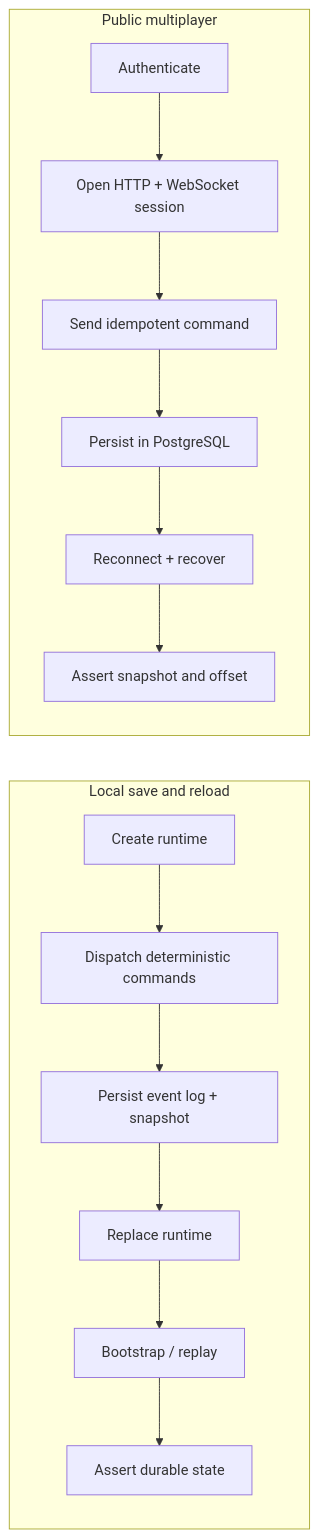
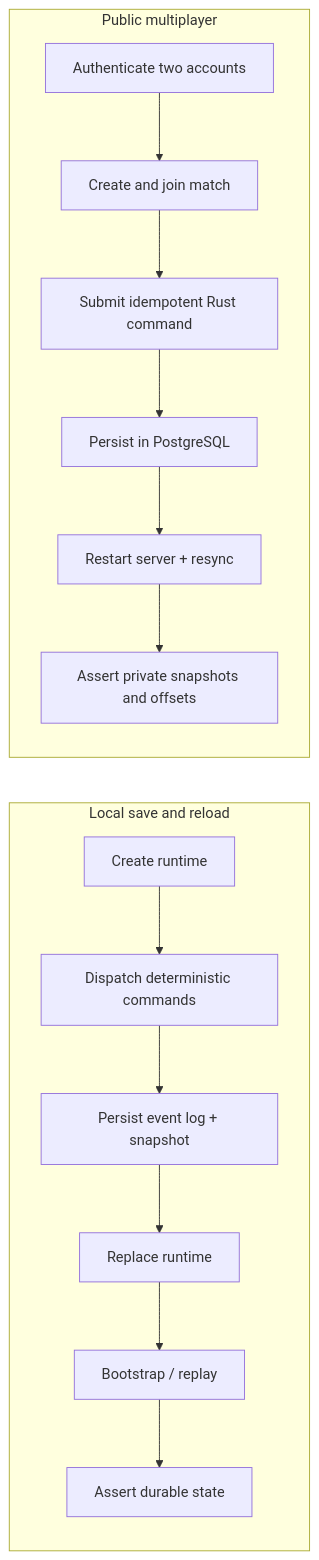
The diagram in docs/critical-e2e.md (ernestwisniewski/aonw), drawn with Mermaid before and after one commit. The commit also changed other lines of this file and 379 other files, not shown here.

````diff
--- a/docs/critical-e2e.md
+++ b/docs/critical-e2e.md
@@ -24,10 +24,10 @@
 ```mermaid
 flowchart LR
   subgraph Local["Local save and reload"]
     L1["Create runtime"] --> L2["Dispatch deterministic commands"] --> L3["Persist event log + snapshot"] --> L4["Replace runtime"] --> L5["Bootstrap / replay"] --> L6["Assert durable state"]
   end
 
   subgraph Online["Public multiplayer"]
-    O1["Authenticate"] --> O2["Open HTTP + WebSocket session"] --> O3["Send idempotent command"] --> O4["Persist in PostgreSQL"] --> O5["Reconnect + recover"] --> O6["Assert snapshot and offset"]
+    O1["Authenticate two accounts"] --> O2["Create and join match"] --> O3["Submit idempotent Rust command"] --> O4["Persist in PostgreSQL"] --> O5["Restart server + resync"] --> O6["Assert private snapshots and offsets"]
   end
 ```
````
